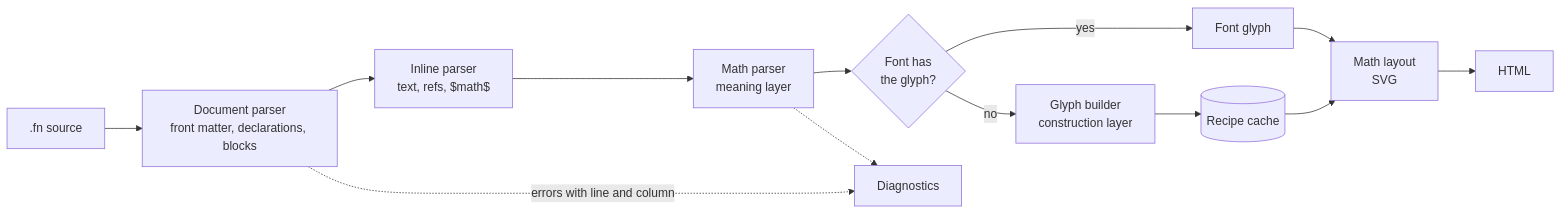
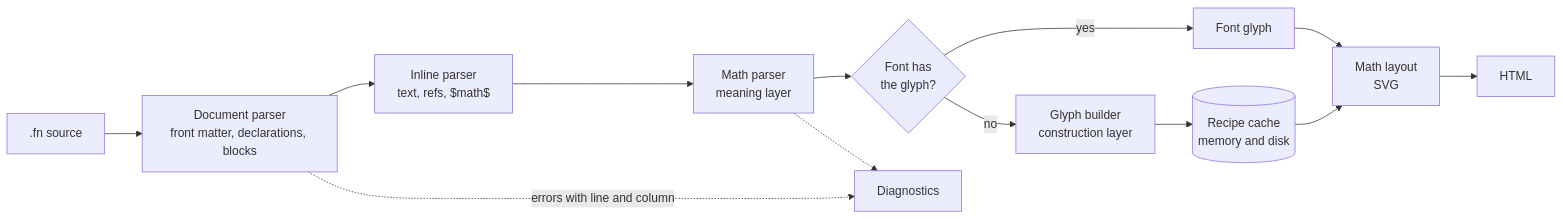
The second of 2 diagrams in README.md (eleadlau-commits/Functor), drawn with Mermaid before and after one commit. The commit also changed other lines of this file and 8 other files, not shown here.

First line of the commit message:
Keep recipe errors in the glyph cache and save the cache to disk (D2) (#13)

````diff
--- a/README.md
+++ b/README.md
@@ -231,15 +233,15 @@
 ```mermaid
 flowchart LR
   A[".fn source"] --> B["Document parser<br/>front matter, declarations, blocks"]
   B --> C["Inline parser<br/>text, refs, $math$"]
   C --> D["Math parser<br/>meaning layer"]
   D --> E{"Font has<br/>the glyph?"}
   E -- yes --> F["Font glyph"]
   E -- no --> G["Glyph builder<br/>construction layer"]
-  G --> H[("Recipe cache")]
+  G --> H[("Recipe cache<br/>memory and disk")]
   F --> I["Math layout<br/>SVG"]
   H --> I
   I --> J["HTML"]
   B -. errors with line and column .-> K["Diagnostics"]
   D -.-> K
 ```
````
